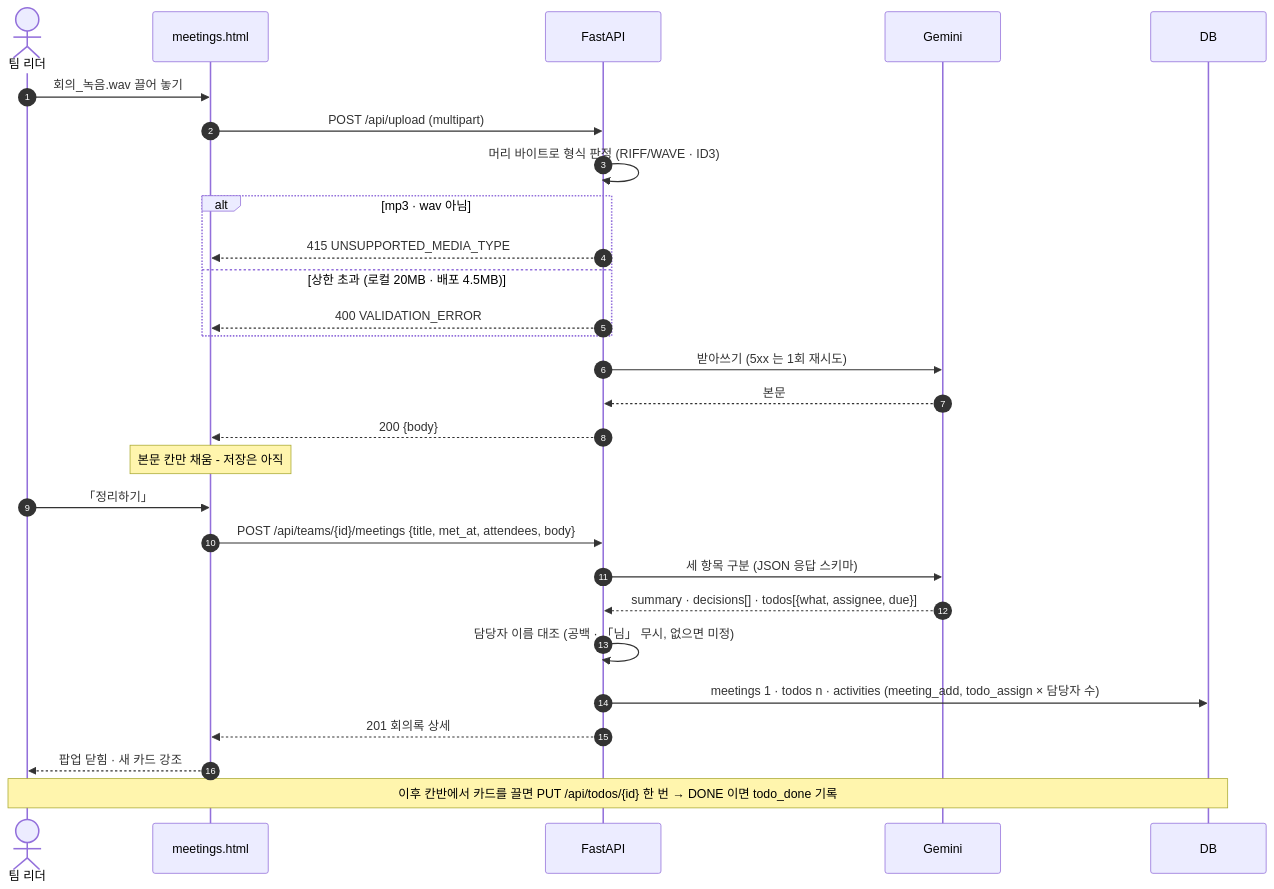
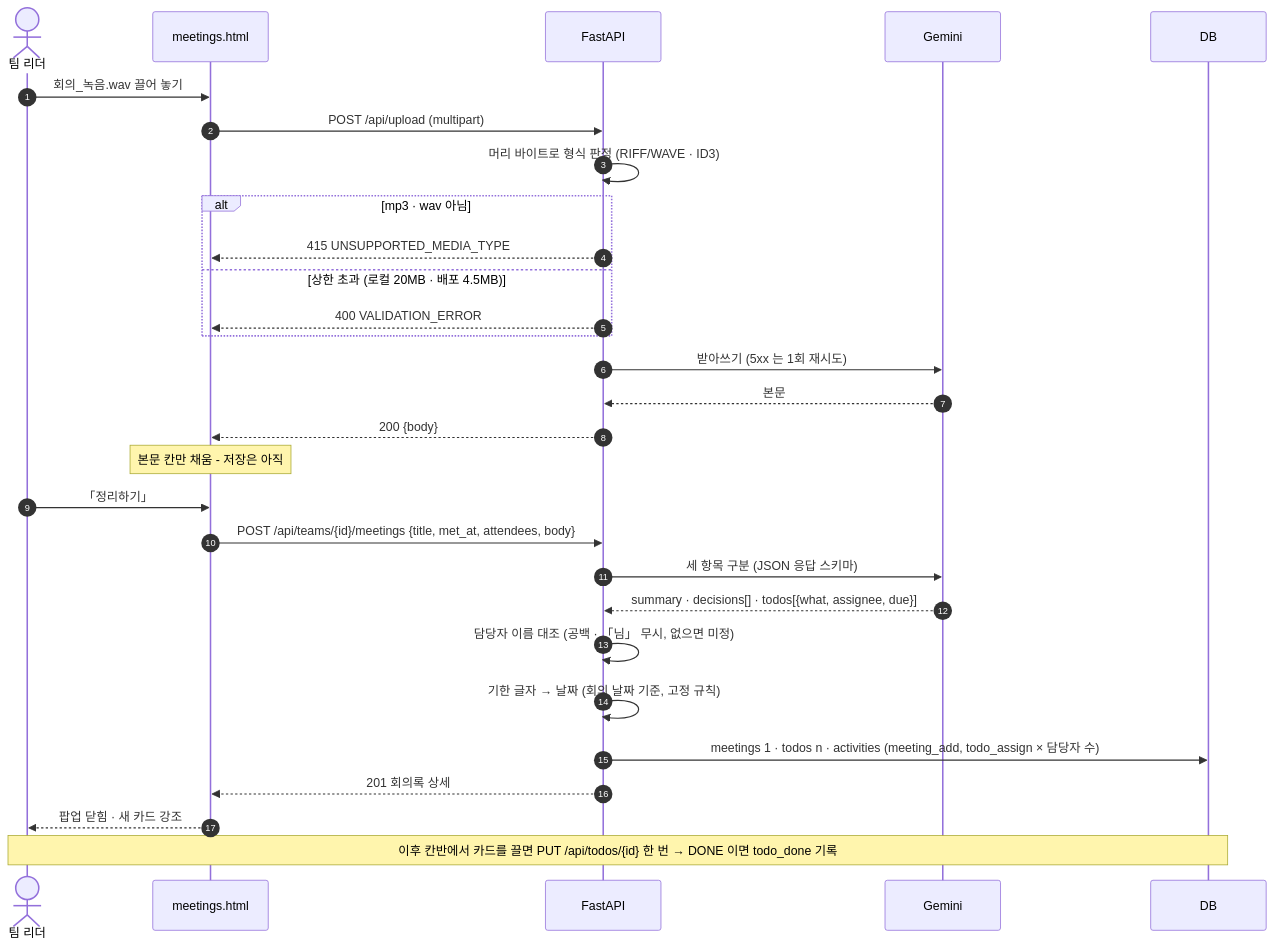
Before and after one commit to BulNim/meetingnote-pro: the fourth of 10 diagrams in README.md, drawn with Mermaid. The commit also changed other lines of this file and 8 other files, not shown here.

````diff
--- a/README.md
+++ b/README.md
@@ -209,33 +210,34 @@
 ```mermaid
 sequenceDiagram
     autonumber
     actor U as 팀 리더
     participant W as meetings.html
     participant A as FastAPI
     participant G as Gemini
     participant D as DB
 
     U->>W: 회의_녹음.wav 끌어 놓기
     W->>A: POST /api/upload (multipart)
     A->>A: 머리 바이트로 형식 판정 (RIFF/WAVE · ID3)
     alt mp3 · wav 아님
         A-->>W: 415 UNSUPPORTED_MEDIA_TYPE
     else 상한 초과 (로컬 20MB · 배포 4.5MB)
         A-->>W: 400 VALIDATION_ERROR
     end
     A->>G: 받아쓰기 (5xx 는 1회 재시도)
     G-->>A: 본문
     A-->>W: 200 {body}
     Note over W: 본문 칸만 채움 - 저장은 아직
 
     U->>W: 「정리하기」
     W->>A: POST /api/teams/{id}/meetings {title, met_at, attendees, body}
     A->>G: 세 항목 구분 (JSON 응답 스키마)
     G-->>A: summary · decisions[] · todos[{what, assignee, due}]
     A->>A: 담당자 이름 대조 (공백 · 「님」 무시, 없으면 미정)
+    A->>A: 기한 글자 → 날짜 (회의 날짜 기준, 고정 규칙)
     A->>D: meetings 1 · todos n · activities (meeting_add, todo_assign × 담당자 수)
     A-->>W: 201 회의록 상세
     W-->>U: 팝업 닫힘 · 새 카드 강조
 
     Note over U,D: 이후 칸반에서 카드를 끌면 PUT /api/todos/{id} 한 번 → DONE 이면 todo_done 기록
 ```
````
